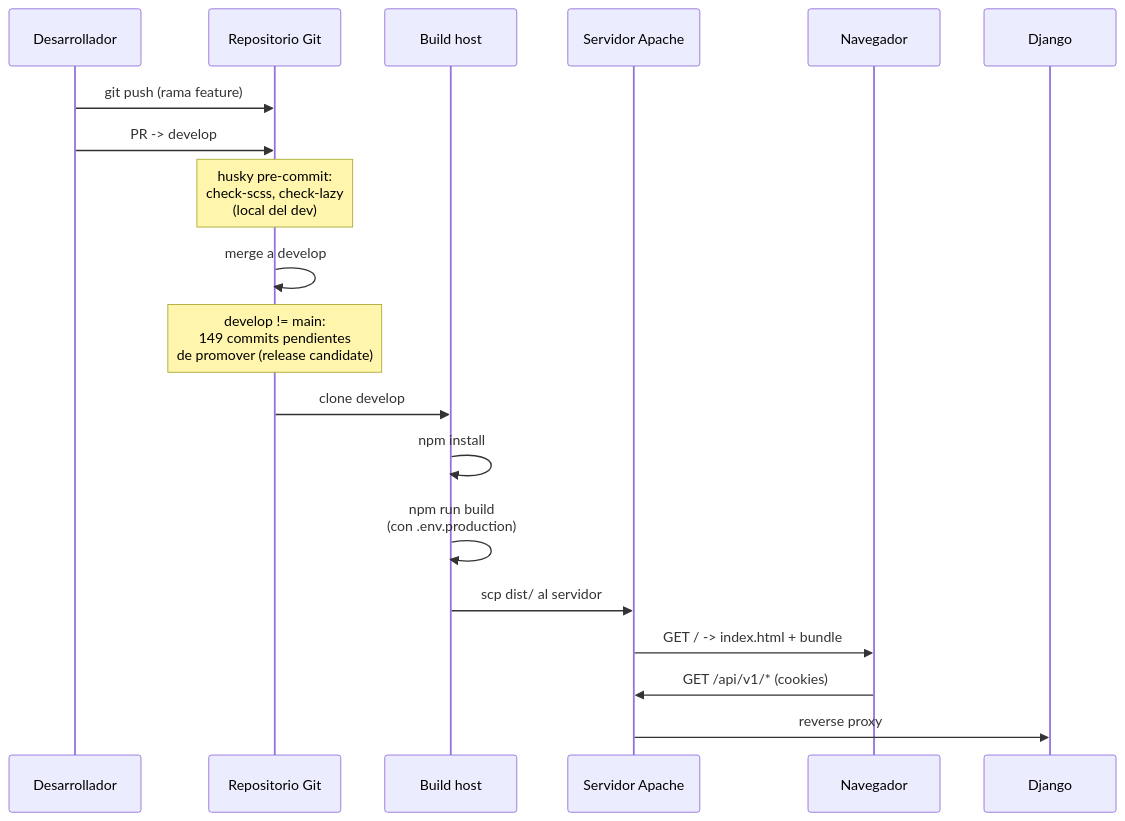
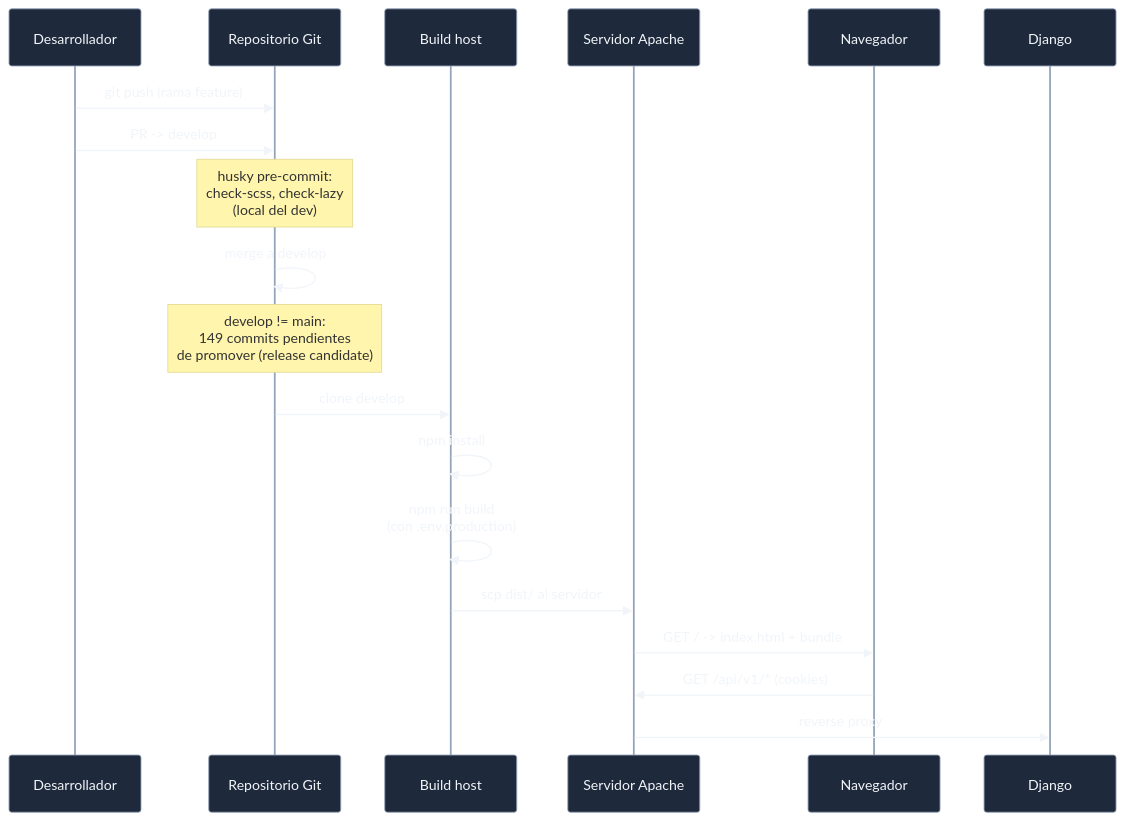
Before and after one commit to jcg-admin/template-ecommerce-ui: the second of 2 diagrams in docs/vista-de-despliegue/vista-de-despliegue.md, drawn with Mermaid. The commit also changed other lines of this file and 16 other files, not shown here.

First line of the commit message:
Apply dark Mermaid theme to 19 diagrams

````diff
--- a/docs/vista-de-despliegue/vista-de-despliegue.md
+++ b/docs/vista-de-despliegue/vista-de-despliegue.md
@@ -116,21 +136,32 @@
 ```mermaid
+%%{init: {'theme':'base', 'themeVariables': {
+  'background': '#0f172a',
+  'primaryColor': '#1e293b',
+  'primaryTextColor': '#f1f5f9',
+  'primaryBorderColor': '#94a3b8',
+  'lineColor': '#cbd5e1',
+  'secondaryColor': '#334155',
+  'tertiaryColor': '#1e3a8a',
+  'fontSize': '13px'
+}}}%%
 sequenceDiagram
-    participant Dev as Desarrollador
-    participant Repo as Repositorio Git
-    participant Build as Build host
-    participant Apache as Servidor Apache
-    participant Cliente as Navegador
+    participant desarrollador as Desarrollador
+    participant repositorio_git as Repositorio Git
+    participant build_host as Build host
+    participant servidor_apache as Servidor Apache
+    participant cliente_navegador as Navegador
+    participant backend_django as Django
 
-    Dev->>Repo: git push (rama feature)
-    Dev->>Repo: PR -> develop
-    Note over Repo: husky pre-commit:<br/>check-scss, check-lazy<br/>(local del dev)
-    Repo->>Repo: merge a develop
-    Note over Repo: develop != main:<br/>149 commits pendientes<br/>de promover (release candidate)
-    Repo->>Build: clone develop
-    Build->>Build: npm install
-    Build->>Build: npm run build<br/>(con .env.production)
-    Build->>Apache: scp dist/ al servidor
-    Apache->>Cliente: GET / -> index.html + bundle
-    Cliente->>Apache: GET /api/v1/* (cookies)
-    Apache->>Django: reverse proxy
+    desarrollador->>repositorio_git: git push (rama feature)
+    desarrollador->>repositorio_git: PR -> develop
+    Note over repositorio_git: husky pre-commit:<br/>check-scss, check-lazy<br/>(local del dev)
+    repositorio_git->>repositorio_git: merge a develop
+    Note over repositorio_git: develop != main:<br/>149 commits pendientes<br/>de promover (release candidate)
+    repositorio_git->>build_host: clone develop
+    build_host->>build_host: npm install
+    build_host->>build_host: npm run build<br/>(con .env.production)
+    build_host->>servidor_apache: scp dist/ al servidor
+    servidor_apache->>cliente_navegador: GET / -> index.html + bundle
+    cliente_navegador->>servidor_apache: GET /api/v1/* (cookies)
+    servidor_apache->>backend_django: reverse proxy
 ```
````
